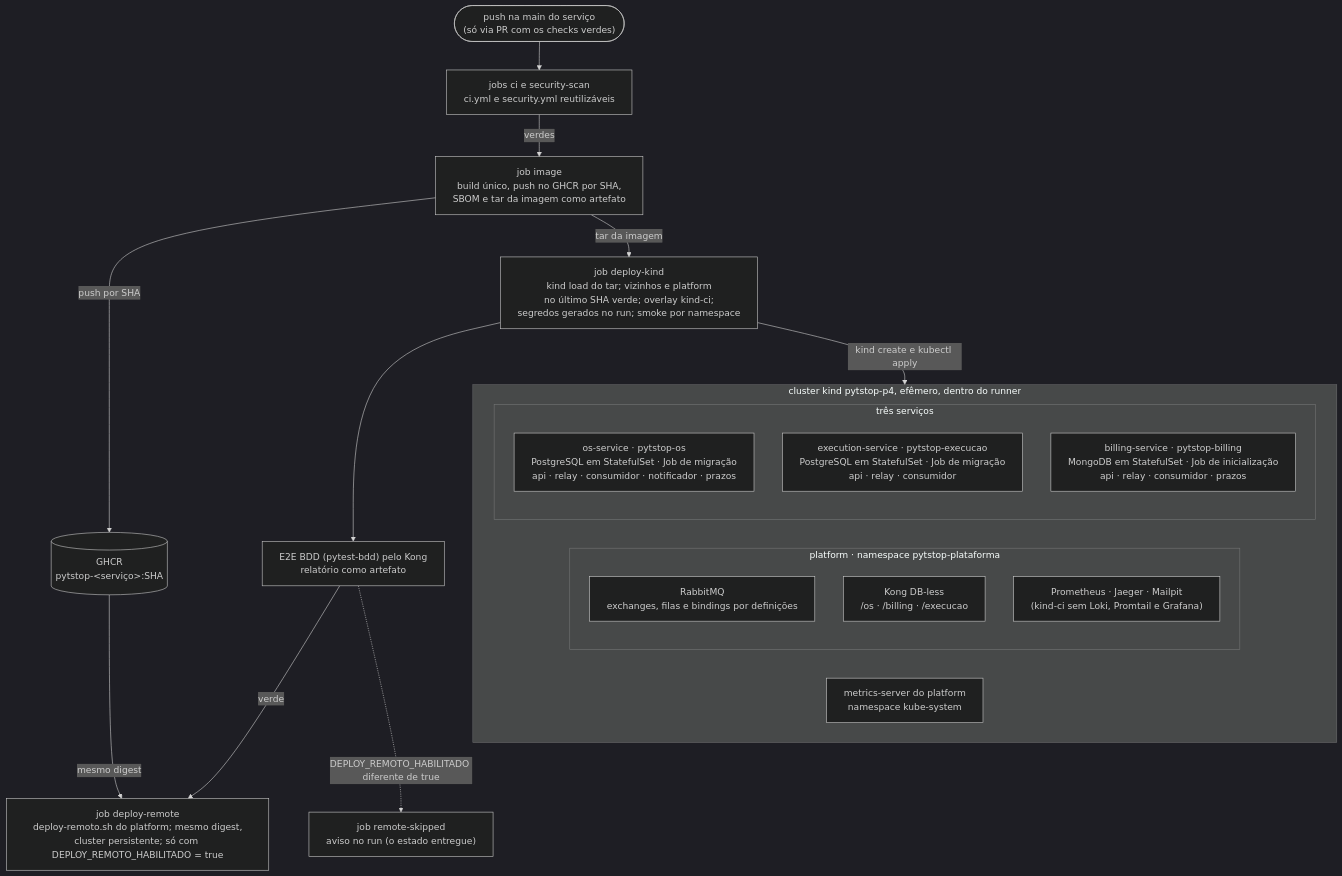
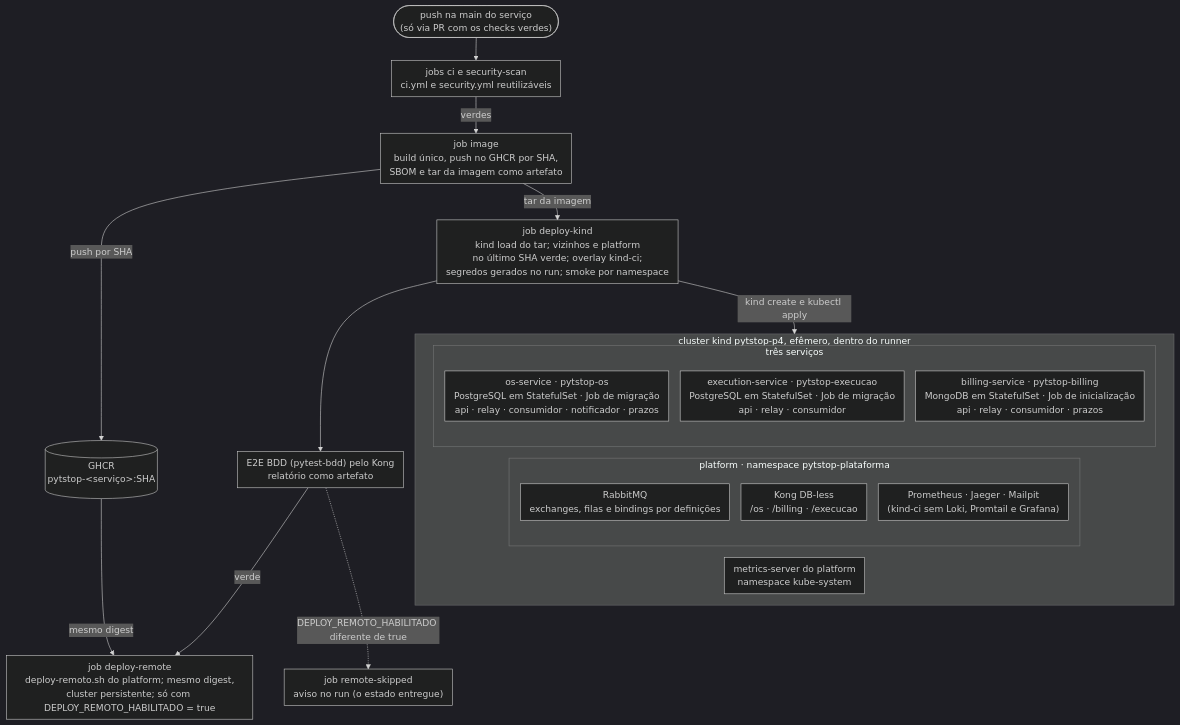
Before and after one commit to fiap-postech-sw-architecture/postech-sw-arch-p4-platform: diagram 16 of 16 in docs/arquitetura/rfc/fase4/rfc-004-microsservicos-saga.md, drawn with Mermaid (dark theme). The commit also changed other lines of this file and 7 other files, not shown here.

Commit message:
docs: letra dos diagramas do PDF, recorte do ruleset e Como ler (#45)

````diff
--- a/docs/arquitetura/rfc/fase4/rfc-004-microsservicos-saga.md
+++ b/docs/arquitetura/rfc/fase4/rfc-004-microsservicos-saga.md
@@ -1200,40 +1195,43 @@
 ```mermaid
 ---
 config:
   flowchart:
     wrappingWidth: 400
+    nodeSpacing: 20
+    rankSpacing: 40
+    padding: 8
 ---
 flowchart TB
     push(["push na main do serviço<br/>(só via PR com os checks verdes)"])
     gates["jobs ci e security-scan<br/>ci.yml e security.yml reutilizáveis"]
     image["job image<br/>build único, push no GHCR por SHA,<br/>SBOM e tar da imagem como artefato"]
     ghcr[("GHCR<br/>pytstop-&lt;serviço&gt;:SHA")]
     dk["job deploy-kind<br/>kind load do tar; vizinhos e platform<br/>no último SHA verde; overlay kind-ci;<br/>segredos gerados no run; smoke por namespace"]
     e2e["E2E BDD (pytest-bdd) pelo Kong<br/>relatório como artefato"]
     remote["job deploy-remote<br/>deploy-remoto.sh do platform; mesmo digest,<br/>cluster persistente; só com DEPLOY_REMOTO_HABILITADO = true"]
     skip["job remote-skipped<br/>aviso no run (o estado entregue)"]
 
     subgraph kind["cluster kind pytstop-p4, efêmero, dentro do runner"]
         subgraph plat["platform · namespace pytstop-plataforma"]
             rmq["RabbitMQ<br/>exchanges, filas e bindings por definições"]
             kong["Kong DB-less<br/>/os · /billing · /execucao"]
             obs["Prometheus · Jaeger · Mailpit<br/>(kind-ci sem Loki, Promtail e Grafana)"]
         end
         ms["metrics-server do platform<br/>namespace kube-system"]
         subgraph svcs["três serviços"]
             os["os-service · pytstop-os<br/>PostgreSQL em StatefulSet · Job de migração<br/>api · relay · consumidor · notificador · prazos"]
             exe["execution-service · pytstop-execucao<br/>PostgreSQL em StatefulSet · Job de migração<br/>api · relay · consumidor"]
             bil["billing-service · pytstop-billing<br/>MongoDB em StatefulSet · Job de inicialização<br/>api · relay · consumidor · prazos"]
         end
     end
 
     push --> gates
     gates -->|"verdes"| image
     image -->|"push por SHA"| ghcr
     image -->|"tar da imagem"| dk
     dk -->|"kind create e kubectl apply"| kind
     dk --> e2e
     e2e -->|"verde"| remote
     ghcr -->|"mesmo digest"| remote
     e2e -.->|"DEPLOY_REMOTO_HABILITADO diferente de true"| skip
 ```
````
